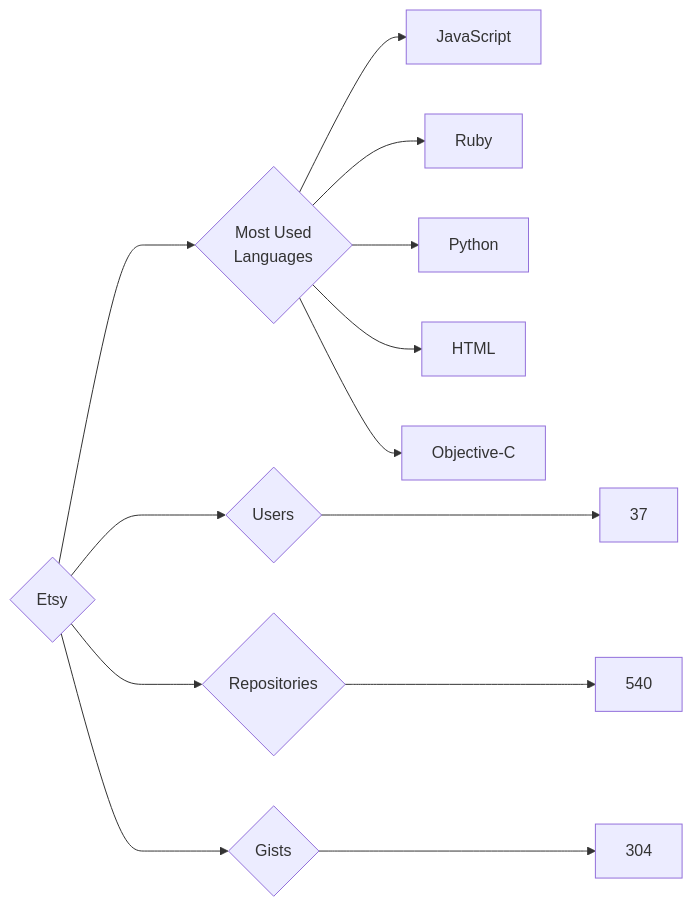
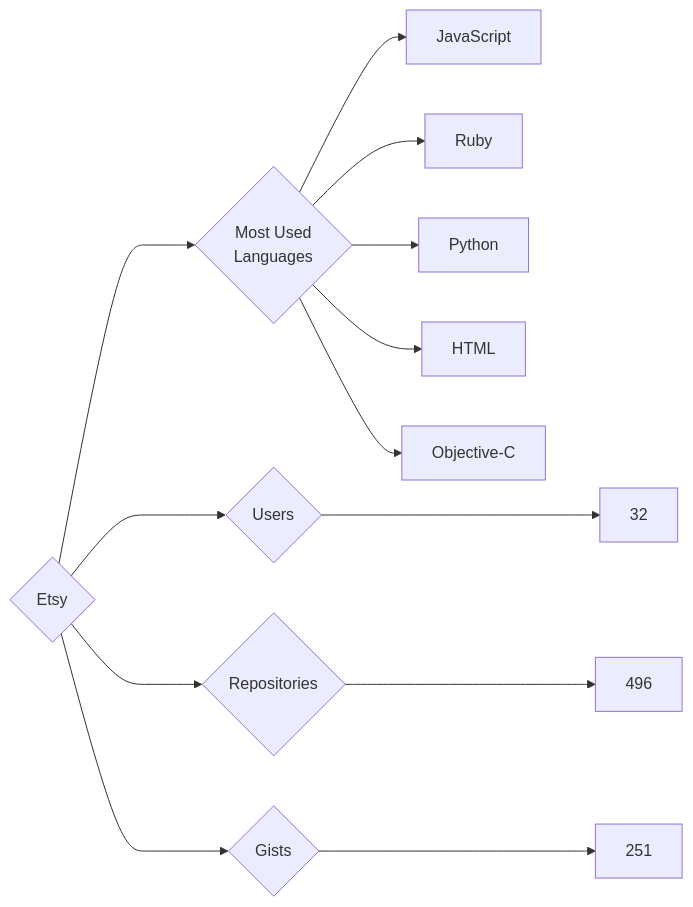
One commit to trickest/insiders changed the diagram in targets/Etsy/README.md. Above: the diagram before and after it, drawn with Mermaid. The commit also changed 640 other files, not shown here.

````diff
--- a/targets/Etsy/README.md
+++ b/targets/Etsy/README.md
@@ -3,13 +3,13 @@
 ```mermaid
 graph LR
 COMPANY_NAME{Etsy}
-COMPANY_NAME ---> U{Users} ---> UN[37]
-COMPANY_NAME ---> R{Repositories} ---> RN[540]
-COMPANY_NAME ---> G{Gists} ---> GN[304]
+COMPANY_NAME ---> U{Users} ---> UN[32]
+COMPANY_NAME ---> R{Repositories} ---> RN[496]
+COMPANY_NAME ---> G{Gists} ---> GN[251]
 COMPANY_NAME ---> ML{Most Used<br>Languages}
 ML --> JavaScript[JavaScript]
 ML --> Ruby[Ruby]
 ML --> Python[Python]
 ML --> HTML[HTML]
 ML --> Objective-C[Objective-C]
 ```
````
